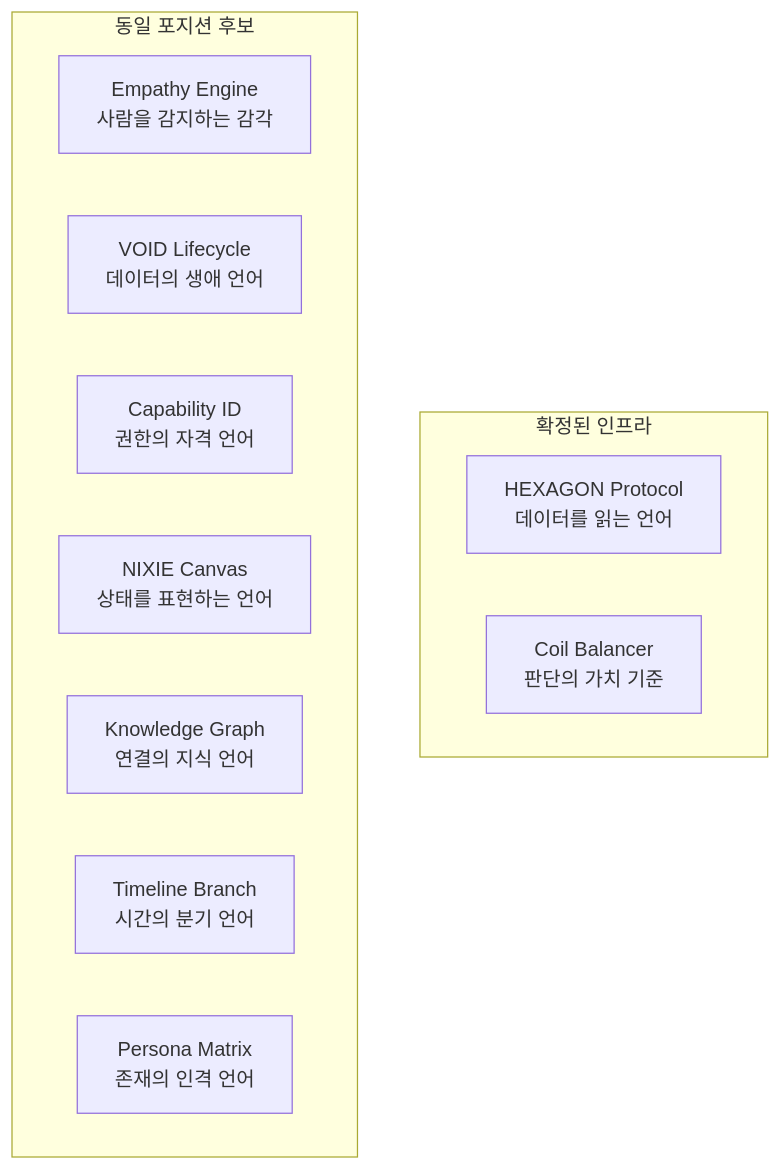
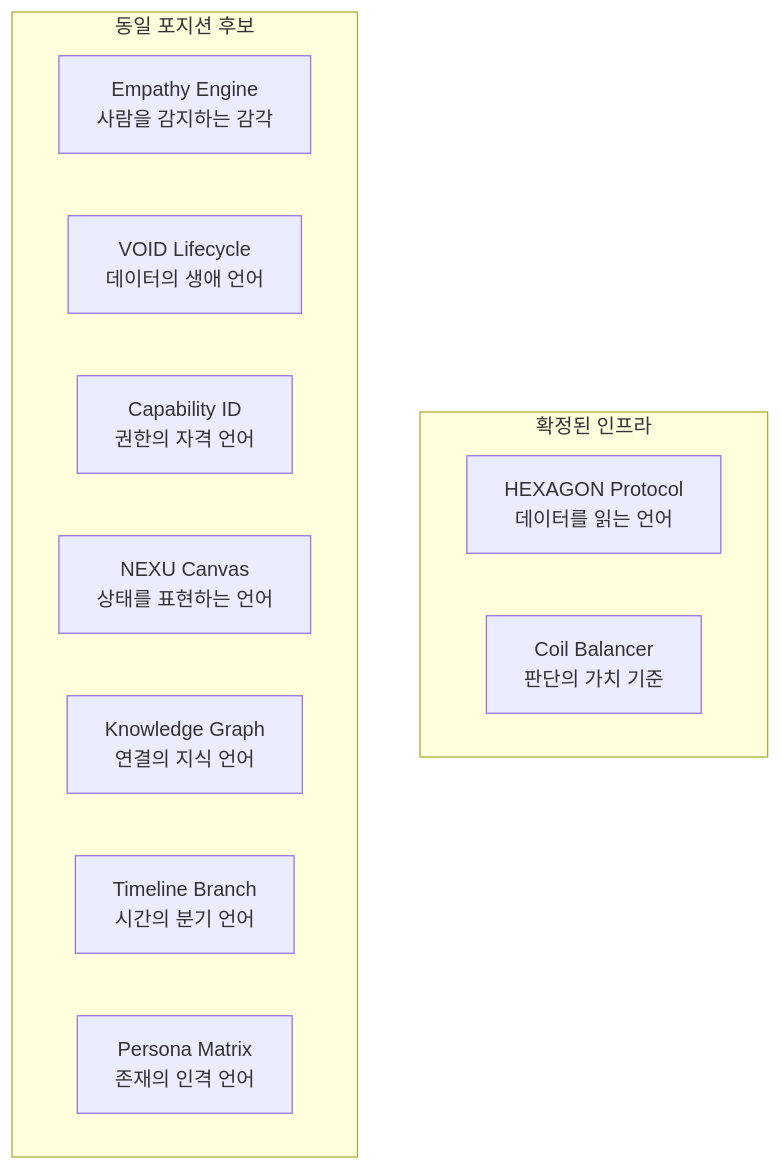
Before and after one commit to U2SOUTION/NEXA: the first of 3 diagrams in NEXA-Platform/docs/SYS ARCH NEXA 핵심 인프라.md, drawn with Mermaid. The commit also changed other lines of this file and 43 other files, not shown here.

Commit message:
문서 업데이트: NEXA-Platform의 여러 문서에서 'NEXA NIXIE'와 'NEXU' 관련 용어를 통일하고, 기존 내용을 보강하여 시스템 설계의 명확성을 강화함. 닉시(NIXIE)와 넥슈(NEXU) 간의 연관성을 명확히 하여 데이터 관리 및 운영 효율성을 높임.

````diff
--- a/NEXA-Platform/docs/SYS ARCH NEXA 핵심 인프라.md
+++ b/NEXA-Platform/docs/SYS ARCH NEXA 핵심 인프라.md
@@ -21,17 +21,17 @@
 ```mermaid
 flowchart TD
     subgraph confirmed ["확정된 인프라"]
         h["HEXAGON Protocol\n데이터를 읽는 언어"]
         c["Coil Balancer\n판단의 가치 기준"]
     end
 
     subgraph candidate ["동일 포지션 후보"]
         e["Empathy Engine\n사람을 감지하는 감각"]
         v["VOID Lifecycle\n데이터의 생애 언어"]
         cap["Capability ID\n권한의 자격 언어"]
-        n["NIXIE Canvas\n상태를 표현하는 언어"]
+        n["NEXU Canvas\n상태를 표현하는 언어"]
         k["Knowledge Graph\n연결의 지식 언어"]
         t["Timeline Branch\n시간의 분기 언어"]
         p["Persona Matrix\n존재의 인격 언어"]
     end
 ```
````
